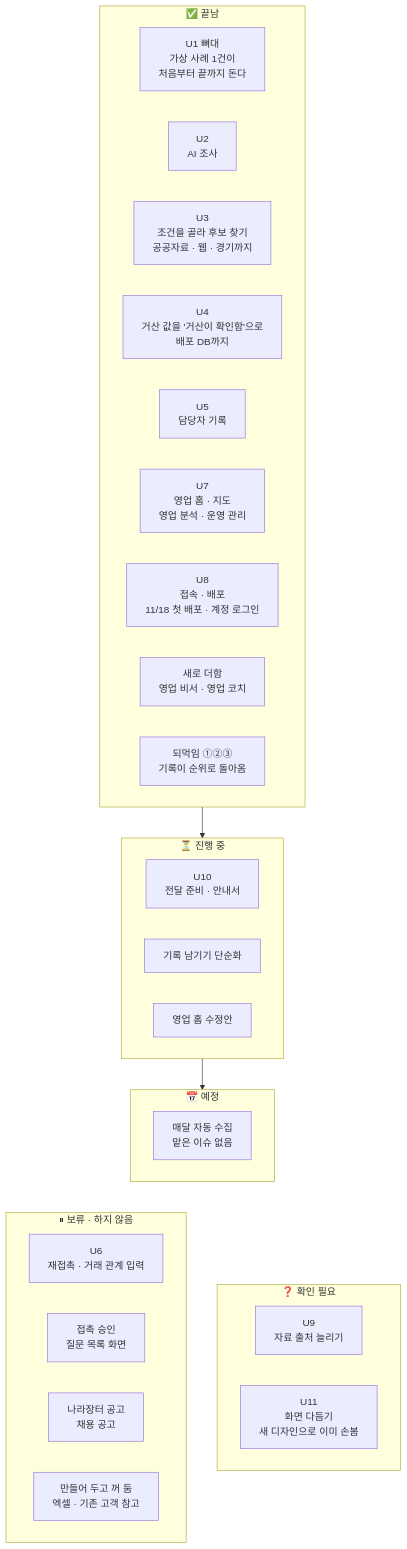
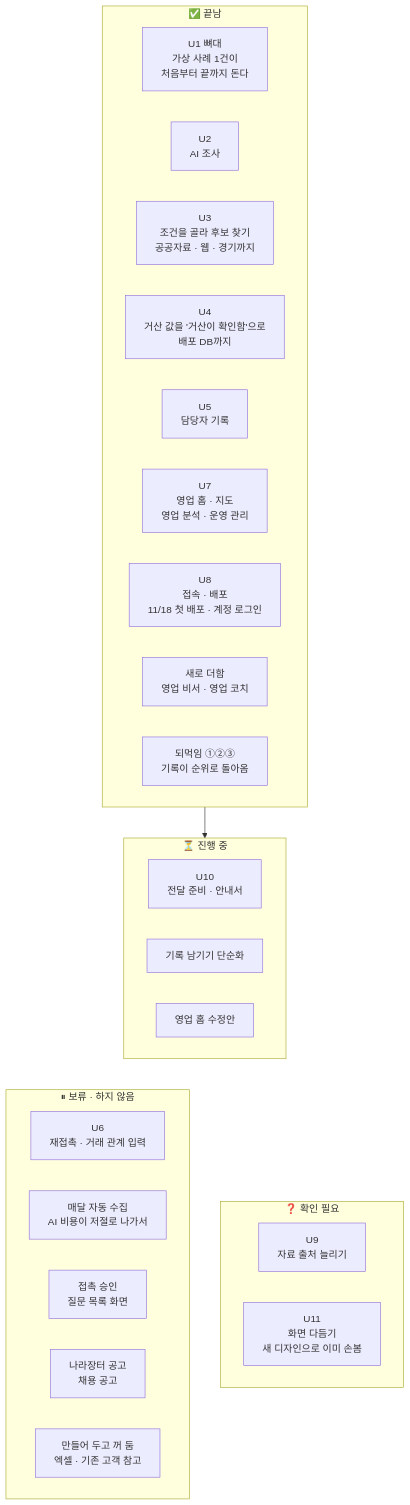
The second of 2 diagrams in docs/map/README.md (agent-ddalgi-team/final-geosan), drawn with Mermaid before and after one commit. The commit also changed other lines of this file and 4 other files, not shown here.

Commit message:
새 후보 매달 자동 수집을 지도에서 '보류'로 바꾼다: 저절로 돌면 AI 비용이 나가서 담당자가 눌러 찾는 것을 기본으로 (PM 결정 2026-11-29, #993)

````diff
--- a/docs/map/README.md
+++ b/docs/map/README.md
@@ -54,35 +54,33 @@
 ```mermaid
 flowchart TB
     subgraph DONE["✅ 끝남"]
         U1["U1 뼈대<br/>가상 사례 1건이<br/>처음부터 끝까지 돈다"]
         U2["U2<br/>AI 조사"]
         U3["U3<br/>조건을 골라 후보 찾기<br/>공공자료 · 웹 · 경기까지"]
         U4["U4<br/>거산 값을 '거산이 확인함'으로<br/>배포 DB까지"]
         U5["U5<br/>담당자 기록"]
         U7["U7<br/>영업 홈 · 지도<br/>영업 분석 · 운영 관리"]
         U8["U8<br/>접속 · 배포<br/>11/18 첫 배포 · 계정 로그인"]
         X1["새로 더함<br/>영업 비서 · 영업 코치"]
         X2["되먹임 ①②③<br/>기록이 순위로 돌아옴"]
     end
     subgraph NOW["⏳ 진행 중"]
         U10["U10<br/>전달 준비 · 안내서"]
         X6["기록 남기기 단순화"]
         X7["영업 홈 수정안"]
     end
-    subgraph NEXT["📅 예정"]
-        X0["매달 자동 수집<br/>맡은 이슈 없음"]
-    end
     subgraph HOLD["⏸ 보류 · 하지 않음"]
         U6["U6<br/>재접촉 · 거래 관계 입력"]
+        X0["매달 자동 수집<br/>AI 비용이 저절로 나가서"]
         X3["접촉 승인<br/>질문 목록 화면"]
         X4["나라장터 공고<br/>채용 공고"]
         X5["만들어 두고 꺼 둠<br/>엑셀 · 기존 고객 참고"]
     end
     subgraph ASK["❓ 확인 필요"]
         U9["U9<br/>자료 출처 늘리기"]
         U11["U11<br/>화면 다듬기<br/>새 디자인으로 이미 손봄"]
     end
-    DONE --> NOW --> NEXT
-    NEXT ~~~ HOLD
-    NEXT ~~~ ASK
+    DONE --> NOW
+    NOW ~~~ HOLD
+    NOW ~~~ ASK
 ```
````
